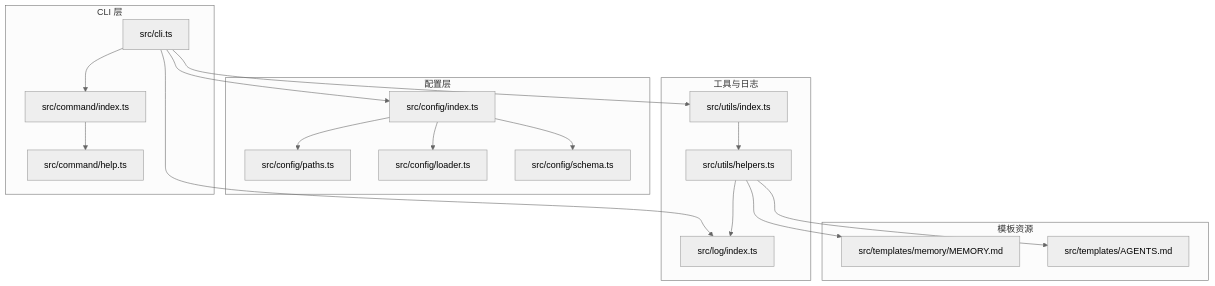
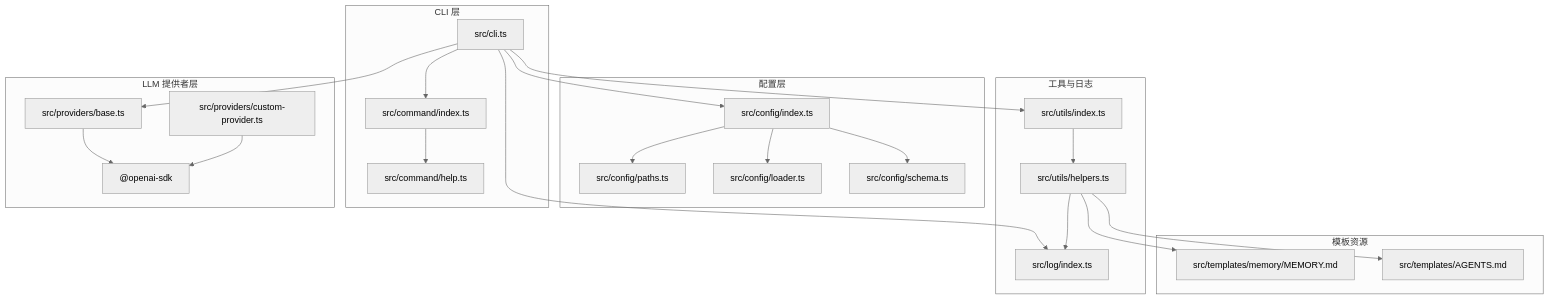
The first of 7 diagrams in .qoder/repowiki/zh/content/开发者指南/项目结构.md (neciszhang/batbot), drawn with Mermaid (neutral theme) before and after one commit. The commit also changed other lines of this file and 10 other files, not shown here.

````diff
--- a/.qoder/repowiki/zh/content/开发者指南/项目结构.md
+++ b/.qoder/repowiki/zh/content/开发者指南/项目结构.md
@@ -48,35 +60,43 @@
 ```mermaid
 graph TB
 subgraph "CLI 层"
 CLI["src/cli.ts"]
 CMD["src/command/index.ts"]
 HELP["src/command/help.ts"]
 end
 subgraph "配置层"
 CFG_IDX["src/config/index.ts"]
 CFG_PATHS["src/config/paths.ts"]
 CFG_LOADER["src/config/loader.ts"]
 CFG_SCHEMA["src/config/schema.ts"]
 end
 subgraph "工具与日志"
 UTILS_IDX["src/utils/index.ts"]
 UTILS_HELPERS["src/utils/helpers.ts"]
 LOG_IDX["src/log/index.ts"]
 end
+subgraph "LLM 提供者层"
+PROV_BASE["src/providers/base.ts"]
+PROV_CUSTOM["src/providers/custom-provider.ts"]
+OPENAI["@openai-sdk"]
+end
 subgraph "模板资源"
 TPL_MEM["src/templates/memory/MEMORY.md"]
 TPL_AG["src/templates/AGENTS.md"]
 end
 CLI --> CMD
 CLI --> CFG_IDX
 CLI --> UTILS_IDX
 CLI --> LOG_IDX
+CLI --> PROV_BASE
 CMD --> HELP
 CFG_IDX --> CFG_PATHS
 CFG_IDX --> CFG_LOADER
 CFG_IDX --> CFG_SCHEMA
 UTILS_IDX --> UTILS_HELPERS
 UTILS_HELPERS --> LOG_IDX
 UTILS_HELPERS --> TPL_MEM
 UTILS_HELPERS --> TPL_AG
+PROV_BASE --> OPENAI
+PROV_CUSTOM --> OPENAI
 ```
````
